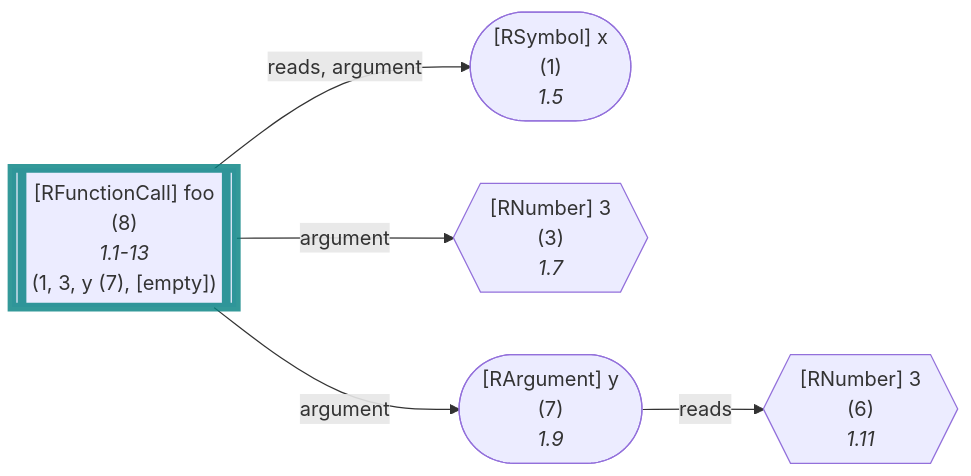
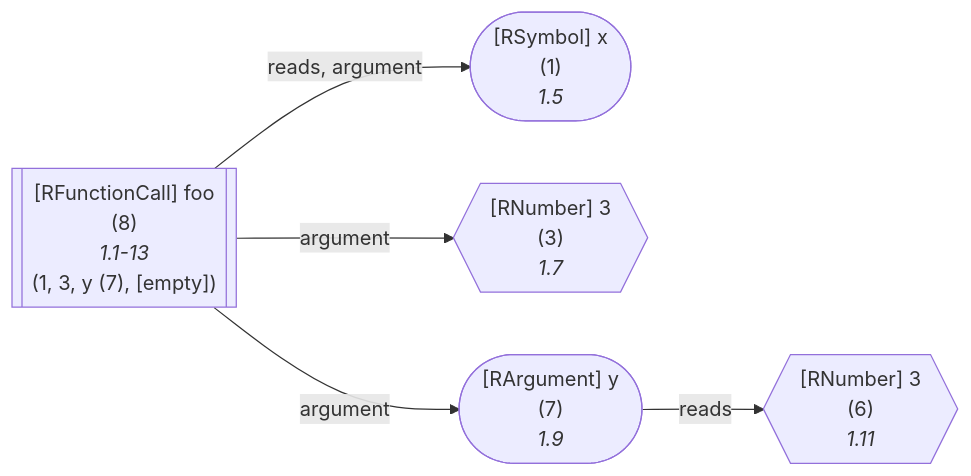
Before and after one commit to flowr-analysis/flowr: diagram 13 of 48 in wiki/Dataflow Graph.md, drawn with Mermaid. The commit also changed other lines of this file and 7 other files, not shown here.

Commit message:
[skip ci] doc: update generated wiki pages (wiki/Capabilities,wiki/Dataflow Graph,wiki/Search API,wiki/Interface,wiki/Control Flow Graph,wiki/Linting and Testing,wiki/Core,README)

````diff
--- a/wiki/Dataflow Graph.md
+++ b/wiki/Dataflow Graph.md
@@ -1524,24 +1588,23 @@
 ```mermaid
 flowchart LR
     1(["`#91;RSymbol#93; x
       (1)
       *1.5*`"])
     3{{"`#91;RNumber#93; 3
       (3)
       *1.7*`"}}
     6{{"`#91;RNumber#93; 3
       (6)
       *1.11*`"}}
     7(["`#91;RArgument#93; y
       (7)
       *1.9*`"])
     8[["`#91;RFunctionCall#93; foo
       (8)
       *1.1-13*
     (1, 3, y (7), [empty])`"]]
-    style 8 stroke:teal,stroke-width:7px,stroke-opacity:.8; 
     7 -->|"reads"| 6
     8 -->|"reads, argument"| 1
     8 -->|"argument"| 3
     8 -->|"argument"| 7
 ```
````
